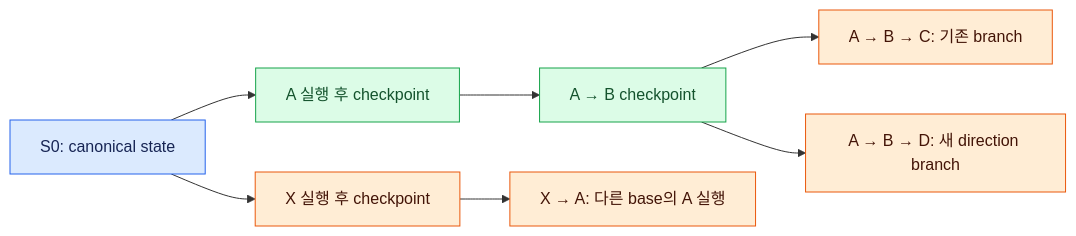
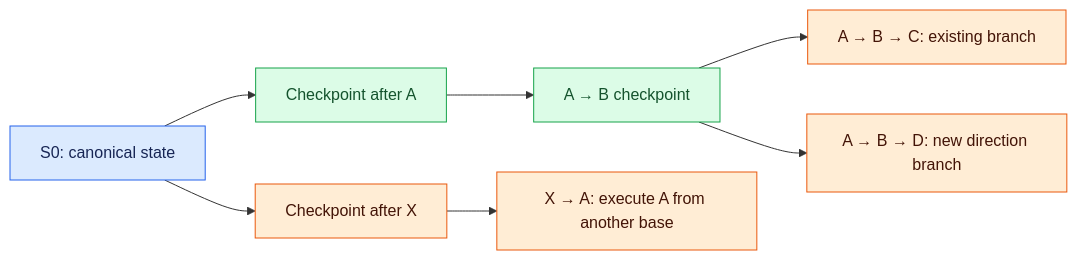
Before and after one commit to djm07073/baton-research: the second of 2 diagrams in docs/execution/qmdb.md, drawn with Mermaid. The commit also changed other lines of this file and 99 other files, not shown here.

````diff
--- a/docs/execution/qmdb.md
+++ b/docs/execution/qmdb.md
@@ -85,15 +85,15 @@
 ```mermaid
 flowchart LR
-    S[S0: canonical state] --> A[A 실행 후 checkpoint]
+    S[S0: canonical state] --> A[Checkpoint after A]
     A --> AB[A → B checkpoint]
-    AB --> ABC[A → B → C: 기존 branch]
-    AB --> ABD[A → B → D: 새 direction branch]
-    S --> X[X 실행 후 checkpoint]
-    X --> XA[X → A: 다른 base의 A 실행]
+    AB --> ABC[A → B → C: existing branch]
+    AB --> ABD[A → B → D: new direction branch]
+    S --> X[Checkpoint after X]
+    X --> XA[X → A: execute A from another base]
     classDef canonical fill:#dbeafe,stroke:#2563eb,color:#172554;
     classDef reuse fill:#dcfce7,stroke:#16a34a,color:#14532d;
     classDef pending fill:#ffedd5,stroke:#ea580c,color:#431407;
     class S canonical;
     class A,AB reuse;
     class ABC,ABD,X,XA pending;
 ```
````
